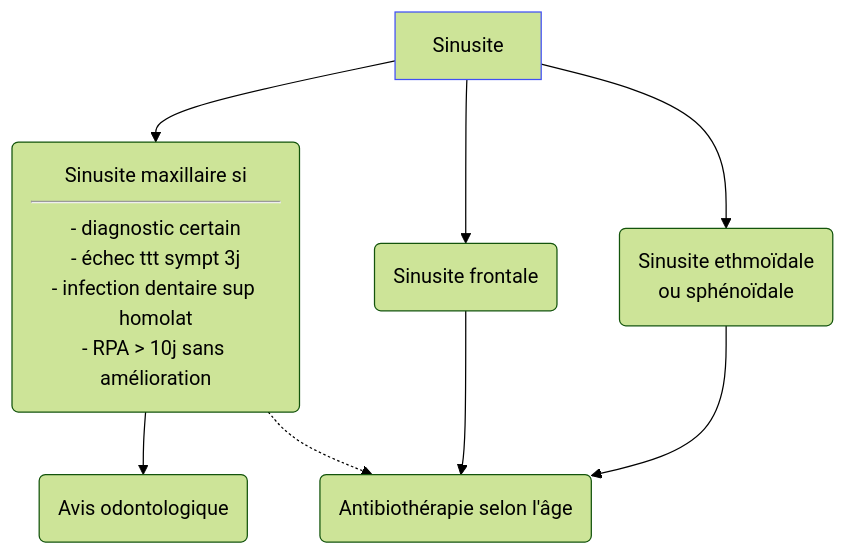
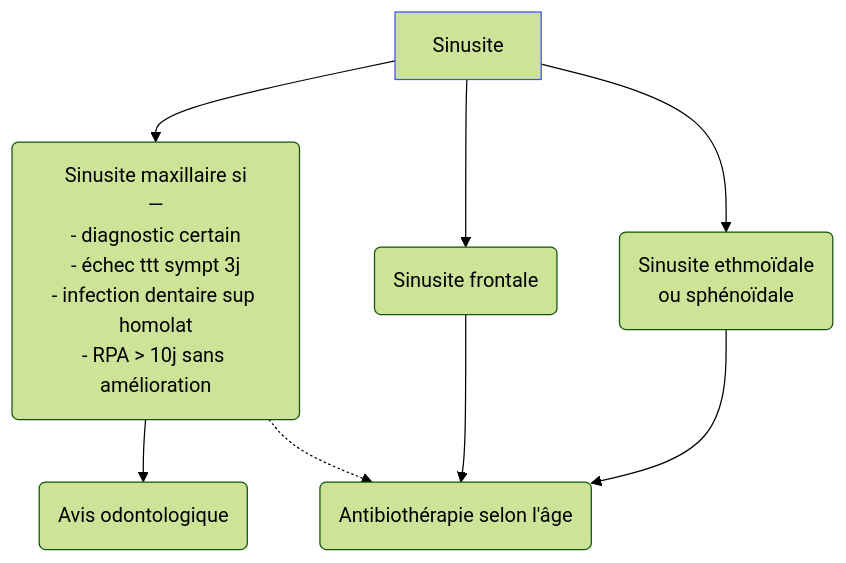
Before and after one commit to djibe/recommandations-medicales: the diagram in content/recommandations/sinusite.md, drawn with Mermaid (forest theme). The commit also changed 51 other files, not shown here.

```diff
--- a/content/recommandations/sinusite.md
+++ b/content/recommandations/sinusite.md
@@ -231,9 +231,9 @@
 {{< mermaid title="Prise en charge d'une sinusite aiguë purulente. Dr JB Fron d'après SPILF et HAS 2021" >}}
 graph TB
-  sinusite[Sinusite] --> maxillaire("Sinusite maxillaire si<hr>- diagnostic certain<br>- échec ttt sympt 3j<br>- infection dentaire sup homolat<br>- RPA &gt; 10j sans amélioration")
+  sinusite[Sinusite] --> maxillaire("Sinusite maxillaire si<br>—<br>- diagnostic certain<br>- échec ttt sympt 3j<br>- infection dentaire sup homolat<br>- RPA &gt; 10j sans amélioration")
   style sinusite stroke:#4150f5, stroke-width:1px
     maxillaire --> dentaire(Avis odontologique)
     maxillaire -.-> atb(Antibiothérapie selon l'âge)
   sinusite --> frontale(Sinusite frontale) --> atb
   sinusite --> ethm(Sinusite ethmoïdale<br>ou sphénoïdale) --> atb
 {{< /mermaid >}}
```
